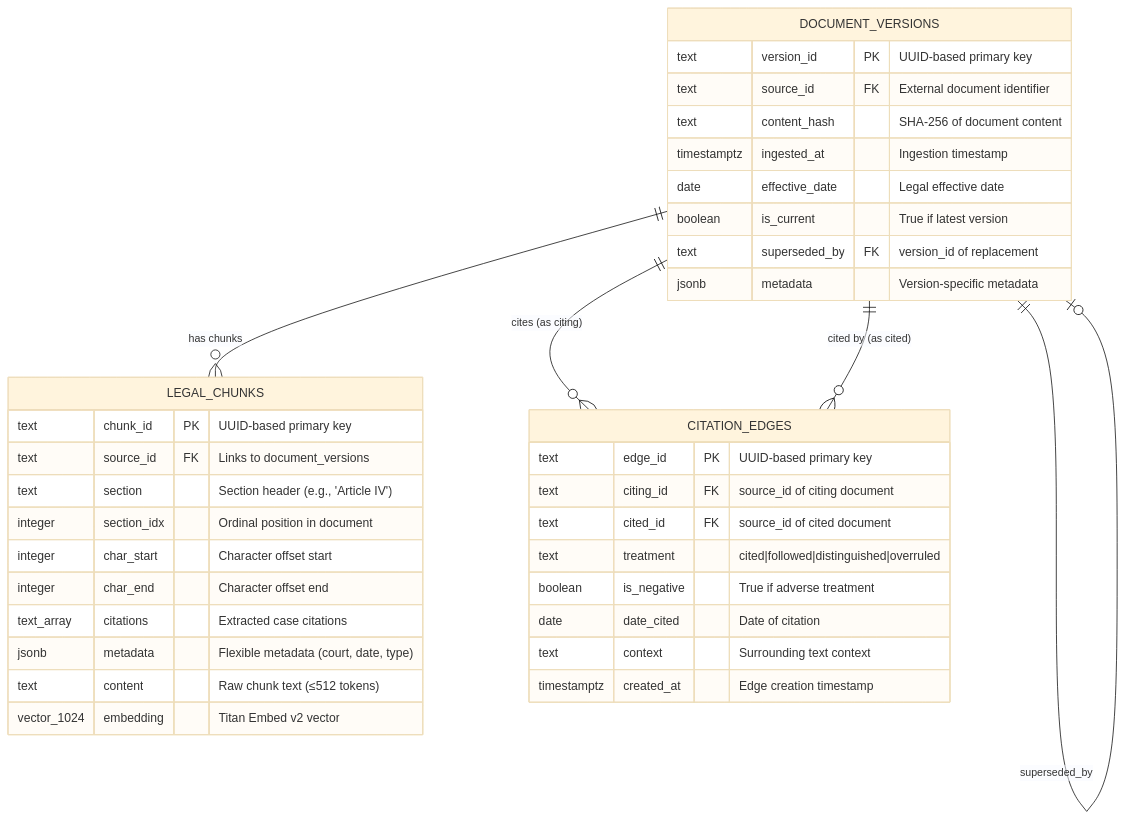
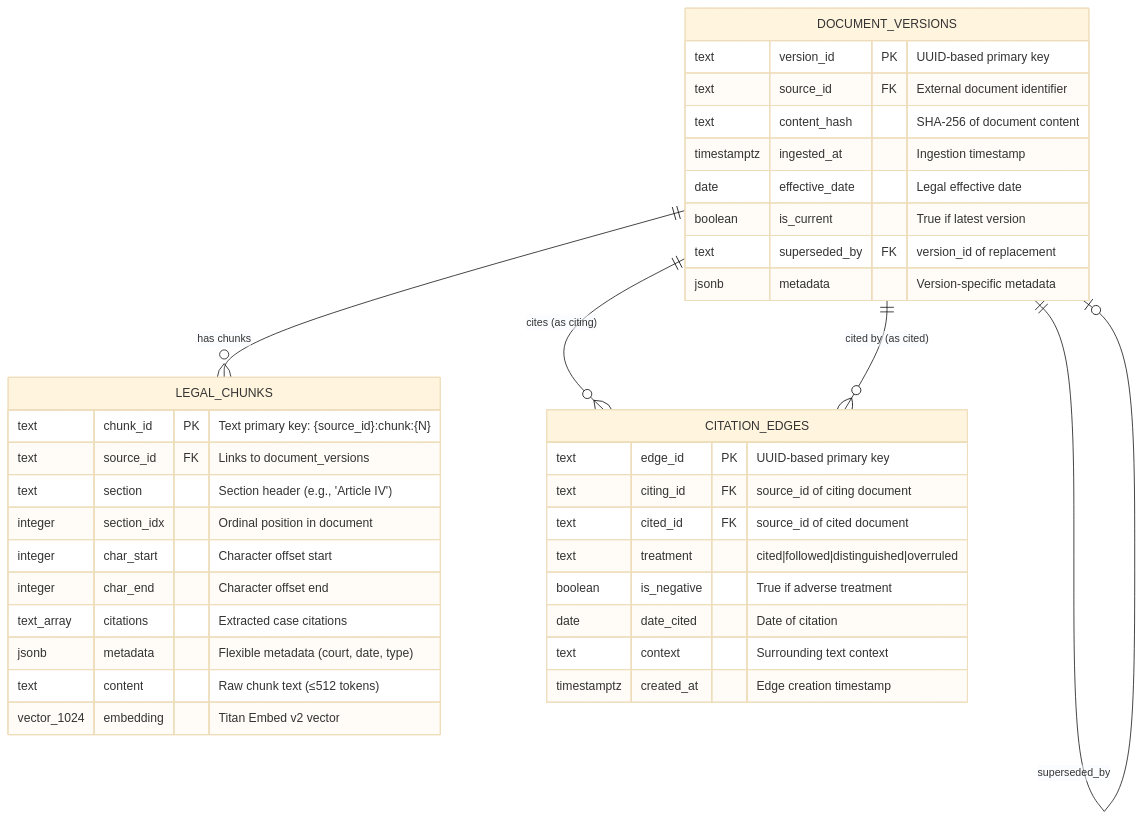
The first of 3 diagrams in docs/DATA_MODEL.md (Anteneh-T-Tessema/legalairag), drawn with Mermaid (base theme) before and after one commit.

Commit message:
docs: fix DATA_MODEL chunk_id description (TEXT key, not UUID-based)

````diff
--- a/docs/DATA_MODEL.md
+++ b/docs/DATA_MODEL.md
@@ -21,42 +21,42 @@
 ```mermaid
 erDiagram
     LEGAL_CHUNKS {
-        text chunk_id PK "UUID-based primary key"
+        text chunk_id PK "Text primary key: {source_id}:chunk:{N}"
         text source_id FK "Links to document_versions"
         text section "Section header (e.g., 'Article IV')"
         integer section_idx "Ordinal position in document"
         integer char_start "Character offset start"
         integer char_end "Character offset end"
         text_array citations "Extracted case citations"
         jsonb metadata "Flexible metadata (court, date, type)"
         text content "Raw chunk text (≤512 tokens)"
         vector_1024 embedding "Titan Embed v2 vector"
     }
 
     DOCUMENT_VERSIONS {
         text version_id PK "UUID-based primary key"
         text source_id FK "External document identifier"
         text content_hash "SHA-256 of document content"
         timestamptz ingested_at "Ingestion timestamp"
         date effective_date "Legal effective date"
         boolean is_current "True if latest version"
         text superseded_by FK "version_id of replacement"
         jsonb metadata "Version-specific metadata"
     }
 
     CITATION_EDGES {
         text edge_id PK "UUID-based primary key"
         text citing_id FK "source_id of citing document"
         text cited_id FK "source_id of cited document"
         text treatment "cited|followed|distinguished|overruled"
         boolean is_negative "True if adverse treatment"
         date date_cited "Date of citation"
         text context "Surrounding text context"
         timestamptz created_at "Edge creation timestamp"
     }
 
     DOCUMENT_VERSIONS ||--o{ LEGAL_CHUNKS : "has chunks"
     DOCUMENT_VERSIONS ||--o{ CITATION_EDGES : "cites (as citing)"
     DOCUMENT_VERSIONS ||--o{ CITATION_EDGES : "cited by (as cited)"
     DOCUMENT_VERSIONS ||--o| DOCUMENT_VERSIONS : "superseded_by"
 ```
````
